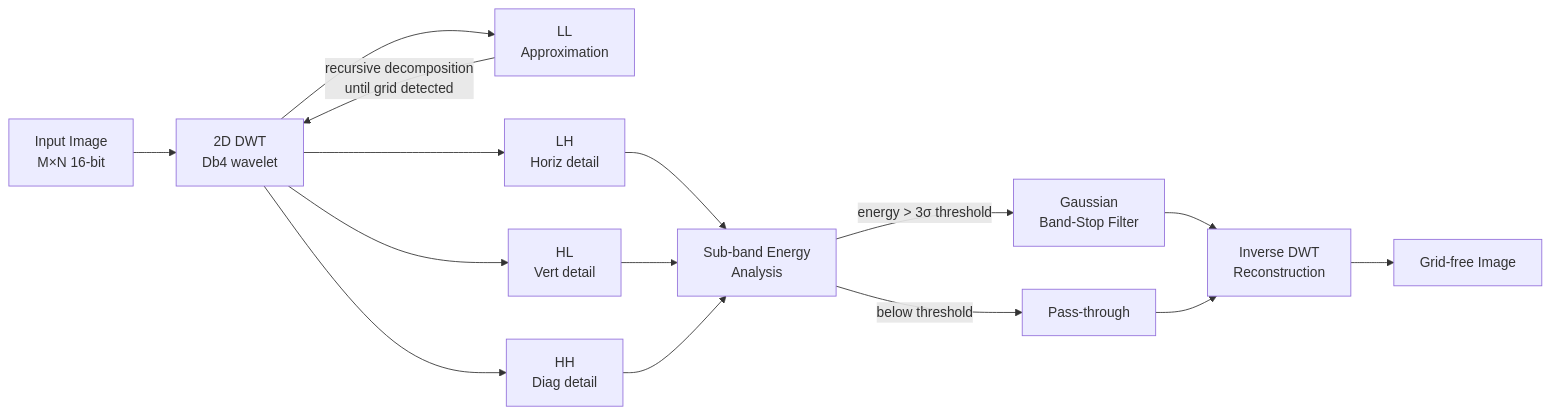
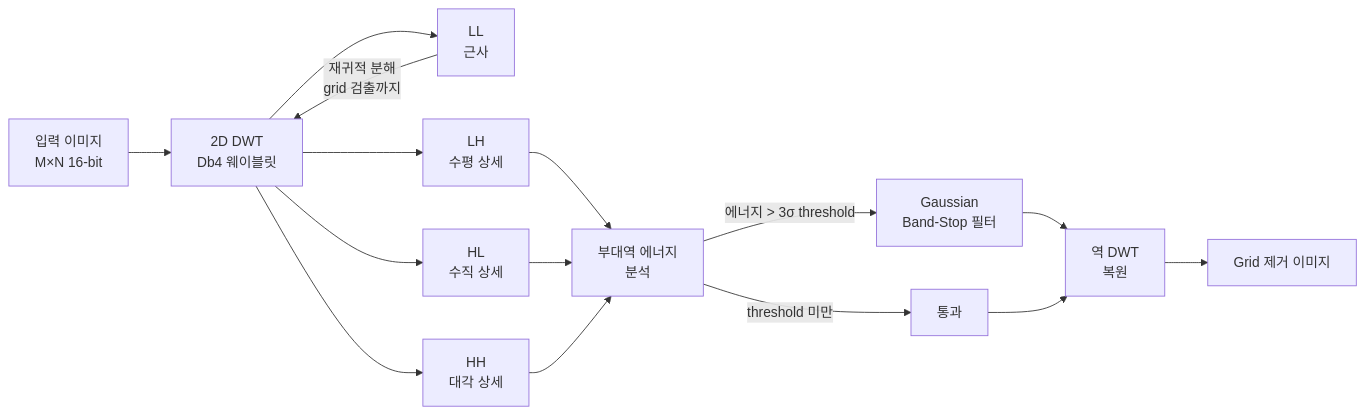
One commit to holee9/image-processing changed the third of 6 diagrams in docs/post-processing/gsvg/GSVG-SAD-001_Architecture.md. Above: the diagram before and after it, drawn with Mermaid. The commit also changed other lines of this file and 51 other files, not shown here.

````diff
--- a/docs/post-processing/gsvg/GSVG-SAD-001_Architecture.md
+++ b/docs/post-processing/gsvg/GSVG-SAD-001_Architecture.md
@@ -100,23 +100,23 @@
 ```mermaid
 flowchart LR
-    IN[Input Image<br/>M×N 16-bit] --> DWT_PROC[2D DWT<br/>Db4 wavelet]
+    IN[입력 이미지<br/>M×N 16-bit] --> DWT_PROC[2D DWT<br/>Db4 웨이블릿]
     
-    DWT_PROC --> LL[LL<br/>Approximation]
-    DWT_PROC --> LH[LH<br/>Horiz detail]
-    DWT_PROC --> HL[HL<br/>Vert detail]
-    DWT_PROC --> HH[HH<br/>Diag detail]
+    DWT_PROC --> LL[LL<br/>근사]
+    DWT_PROC --> LH[LH<br/>수평 상세]
+    DWT_PROC --> HL[HL<br/>수직 상세]
+    DWT_PROC --> HH[HH<br/>대각 상세]
     
-    LL -->|recursive decomposition<br/>until grid detected| DWT_PROC
+    LL -->|재귀적 분해<br/>grid 검출까지| DWT_PROC
     
-    LH --> ENERGY[Sub-band Energy<br/>Analysis]
+    LH --> ENERGY[부대역 에너지<br/>분석]
     HL --> ENERGY
     HH --> ENERGY
     
-    ENERGY -->|energy > 3σ threshold| BSF_APPLY[Gaussian<br/>Band-Stop Filter]
-    ENERGY -->|below threshold| PASS[Pass-through]
+    ENERGY -->|에너지 > 3σ threshold| BSF_APPLY[Gaussian<br/>Band-Stop 필터]
+    ENERGY -->|threshold 미만| PASS[통과]
     
-    BSF_APPLY --> RECON[Inverse DWT<br/>Reconstruction]
+    BSF_APPLY --> RECON[역 DWT<br/>복원]
     PASS --> RECON
     
-    RECON --> OUT[Grid-free Image]
+    RECON --> OUT[Grid 제거 이미지]
 ```
````
